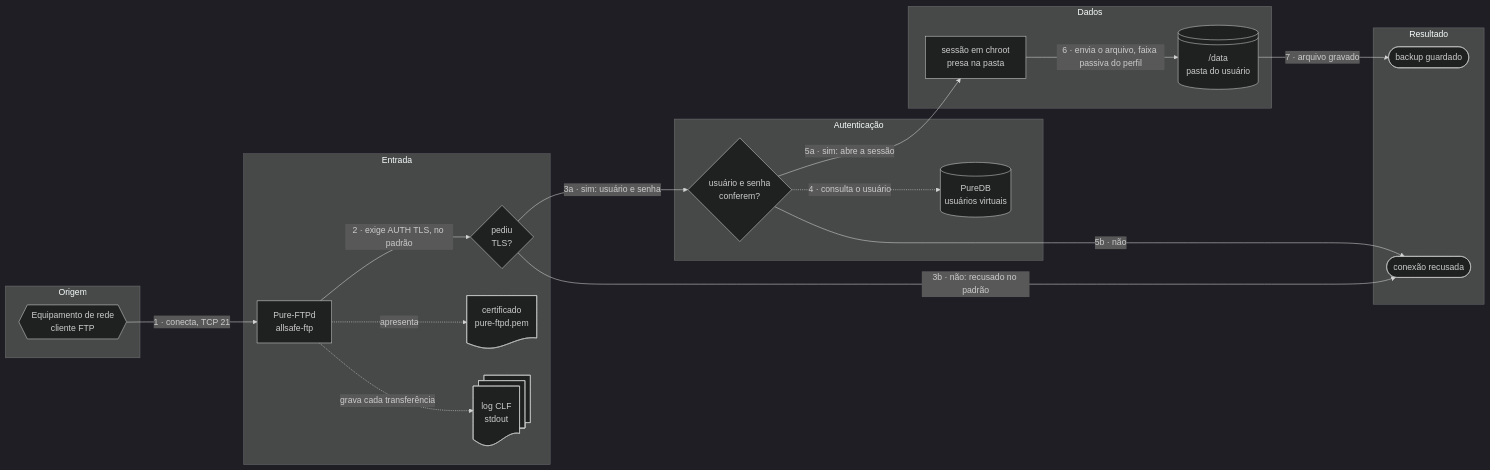
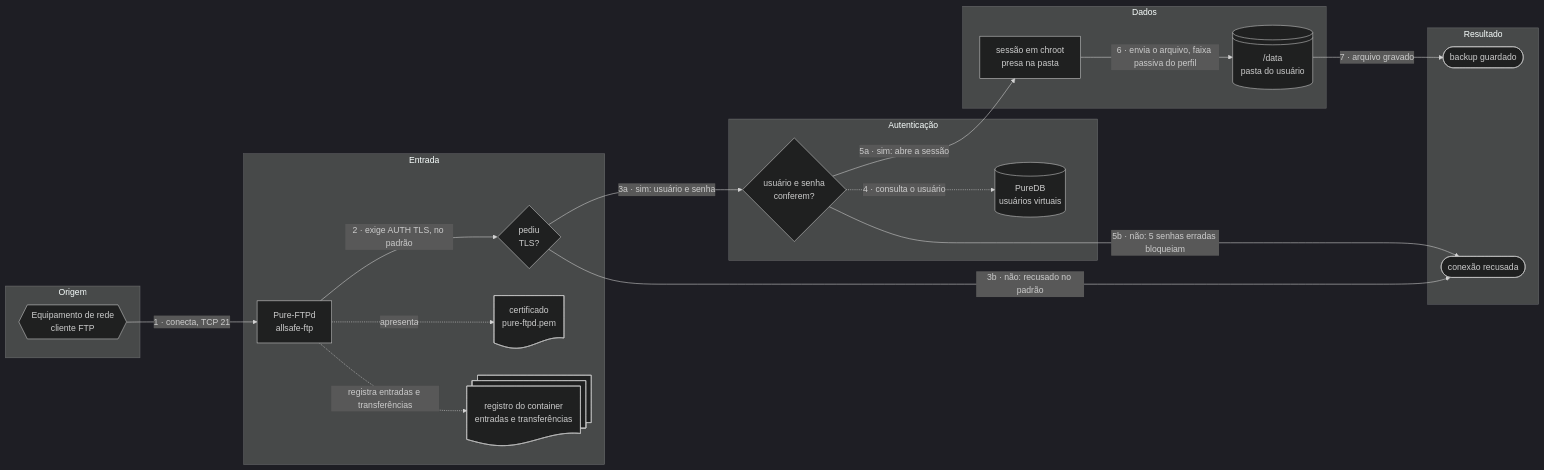
Before and after one commit to CarlosSuporteISP/allsafe-ftp-stack: the diagram in doc/diagramas/funcionamento-fluxograma.mmd, drawn with Mermaid. The commit also changed 41 other files, not shown here.

```diff
--- a/doc/diagramas/funcionamento-fluxograma.mmd
+++ b/doc/diagramas/funcionamento-fluxograma.mmd
@@ -1,35 +1,35 @@
 %%{init: {"theme": "dark"}}%%
 flowchart LR
     subgraph ORIGEM["Origem"]
         equip@{ shape: hex, label: "Equipamento de rede<br>cliente FTP" }
     end
     subgraph ENTRADA["Entrada"]
         ftp@{ shape: rect, label: "Pure-FTPd<br>allsafe-ftp" }
         tls@{ shape: diam, label: "pediu<br>TLS?" }
         cert@{ shape: doc, label: "certificado<br>pure-ftpd.pem" }
-        logs@{ shape: docs, label: "log CLF<br>stdout" }
+        logs@{ shape: docs, label: "registro do container<br>entradas e transferências" }
     end
     subgraph AUTH["Autenticação"]
         login@{ shape: diam, label: "usuário e senha<br>conferem?" }
         puredb@{ shape: cyl, label: "PureDB<br>usuários virtuais" }
     end
     subgraph DADOS["Dados"]
         sessao@{ shape: rect, label: "sessão em chroot<br>presa na pasta" }
         dados@{ shape: lin-cyl, label: "/data<br>pasta do usuário" }
     end
     subgraph RESULTADO["Resultado"]
         fim@{ shape: stadium, label: "backup guardado" }
         recusa@{ shape: stadium, label: "conexão recusada" }
     end
 
     equip -- "1 · conecta, TCP 21" --> ftp
     ftp -- "2 · exige AUTH TLS, no padrão" --> tls
     tls -- "3a · sim: usuário e senha" --> login
     tls -- "3b · não: recusado no padrão" --> recusa
     login -. "4 · consulta o usuário" .-> puredb
     login -- "5a · sim: abre a sessão" --> sessao
-    login -- "5b · não" --> recusa
+    login -- "5b · não: 5 senhas erradas bloqueiam" --> recusa
     sessao -- "6 · envia o arquivo, faixa passiva do perfil" --> dados
     dados -- "7 · arquivo gravado" --> fim
     ftp -. "apresenta" .-> cert
-    ftp -. "grava cada transferência" .-> logs
+    ftp -. "registra entradas e transferências" .-> logs
```
